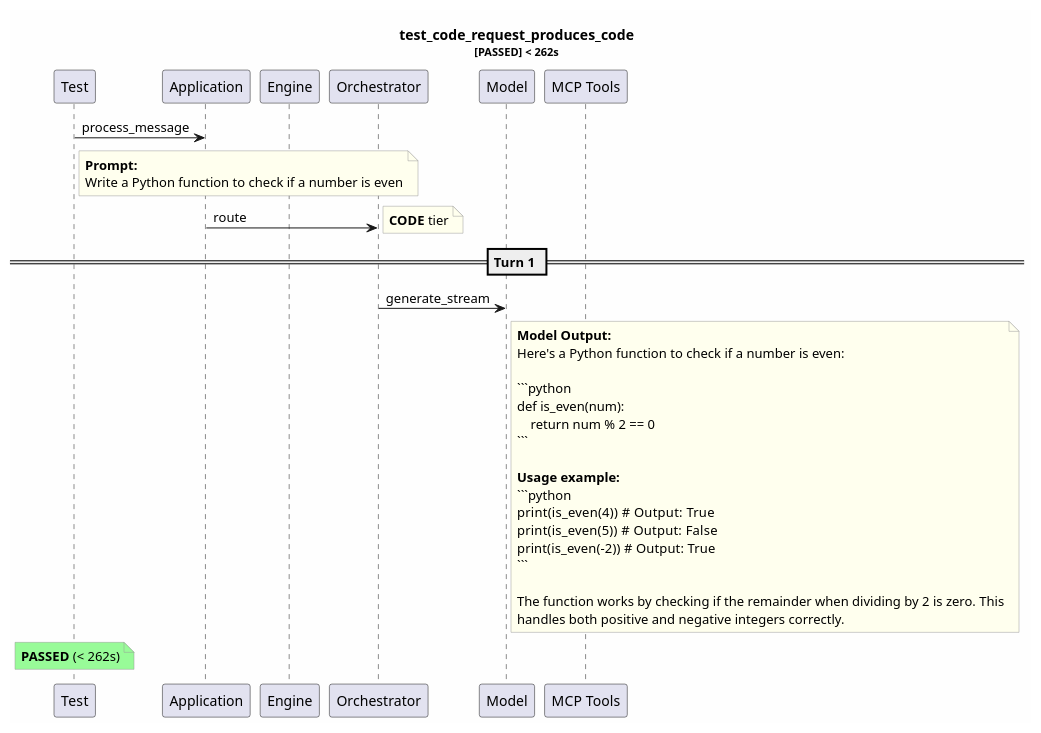
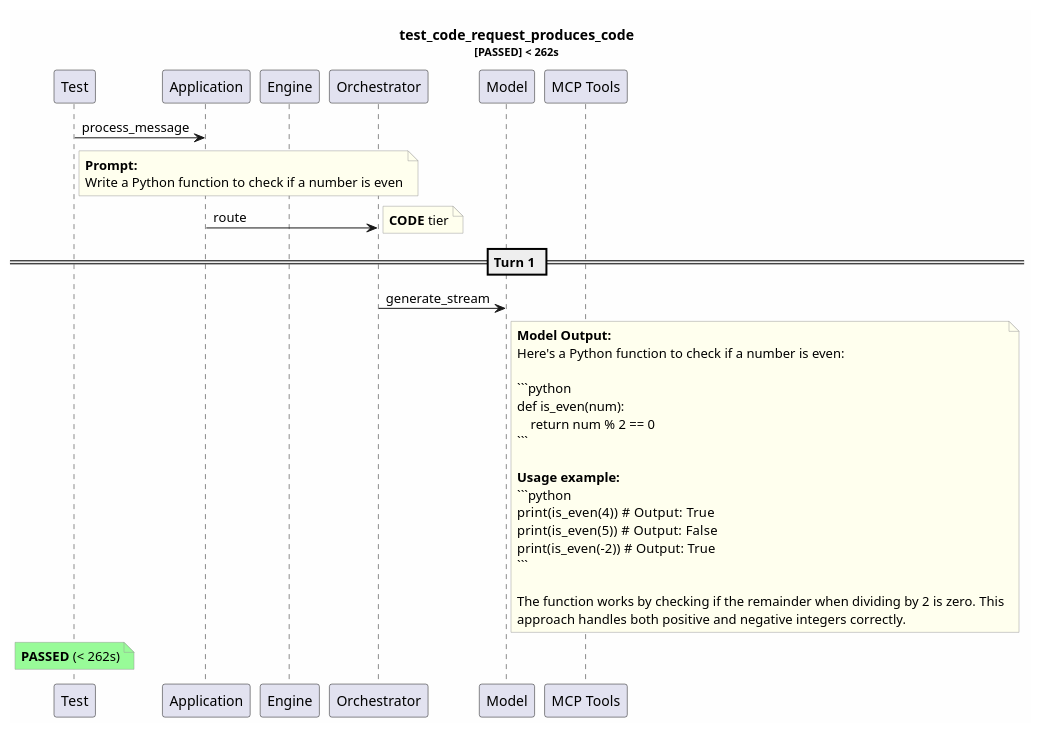
Before and after one commit to tvanfossen/entropic: the diagram in test-reports/logs/test_code_request_produces_code/test_code_request_produces_code.puml, drawn with PlantUML. The commit also changed 22 other files, not shown here.

````diff
--- a/test-reports/logs/test_code_request_produces_code/test_code_request_produces_code.puml
+++ b/test-reports/logs/test_code_request_produces_code/test_code_request_produces_code.puml
@@ -1,46 +1,46 @@
 @startuml
 skinparam backgroundColor #FEFEFE
 skinparam noteBorderColor #999999
 skinparam noteBackgroundColor #FFFFEE
 title test_code_request_produces_code\n<size:11>[PASSED] < 262s</size>
 
 participant "Test" as T
 participant "Application" as App
 participant "Engine" as Eng
 participant "Orchestrator" as Orch
 participant "Model" as Mdl
 participant "MCP Tools" as MCP
 
 T -> App: process_message
 note right of T
   **Prompt:**
   Write a Python function to check if a number is even
 end note
 App -> Orch: route
 note right: **CODE** tier
 == Turn 1 ==
 Orch -> Mdl: generate_stream
 note right of Mdl
   **Model Output:**
   Here's a Python function to check if a number is even:
   
   ```python
   def is_even(num):
       return num % 2 == 0
   ```
   
   **Usage example:**
   ```python
   print(is_even(4))   # Output: True
   print(is_even(5))   # Output: False
   print(is_even(-2))  # Output: True
   ```
   
   The function works by checking if the remainder when dividing by 2 is zero. This
-  handles both positive and negative integers correctly.
+  approach handles both positive and negative integers correctly.
 end note
 note over T #palegreen
   **PASSED** (< 262s)
 end note
 
 @enduml
````
